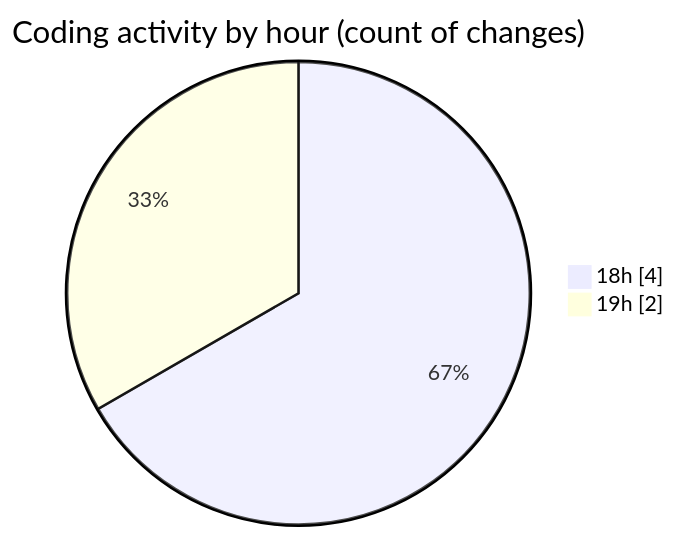
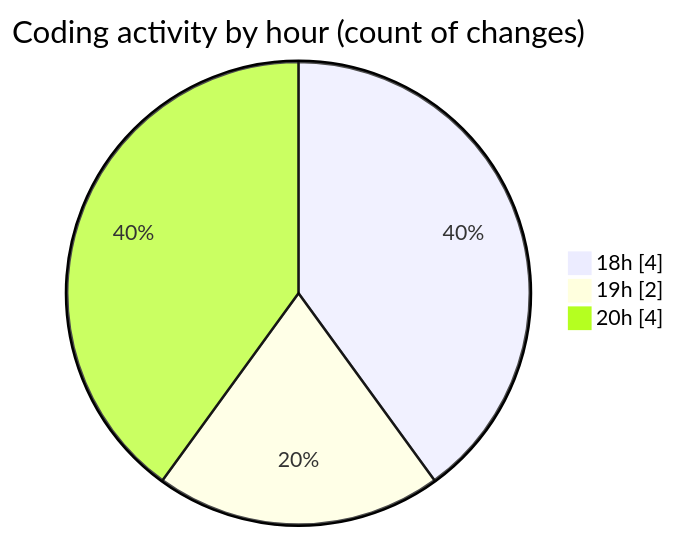
One commit to idhammustaqopulfikri/code-tracking changed the second of 2 diagrams in 2025-04-27/crud-filament/README.md. Above: the diagram before and after it, drawn with Mermaid. The commit also changed other lines of this file and 1 other file, not shown here.

````diff
--- a/2025-04-27/crud-filament/README.md
+++ b/2025-04-27/crud-filament/README.md
@@ -30,6 +31,7 @@
 ```mermaid
 pie showData
 title Coding activity by hour (count of changes)
 "18h" : 4
 "19h" : 2
+"20h" : 4
 ```
````
